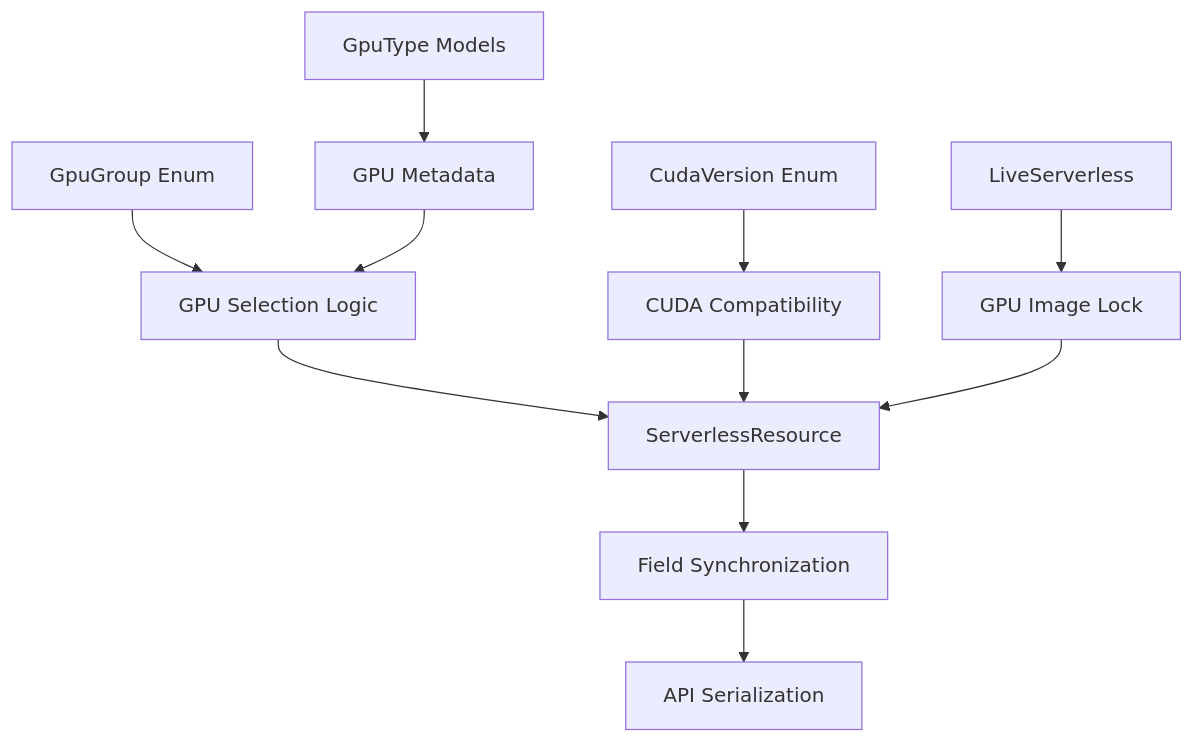
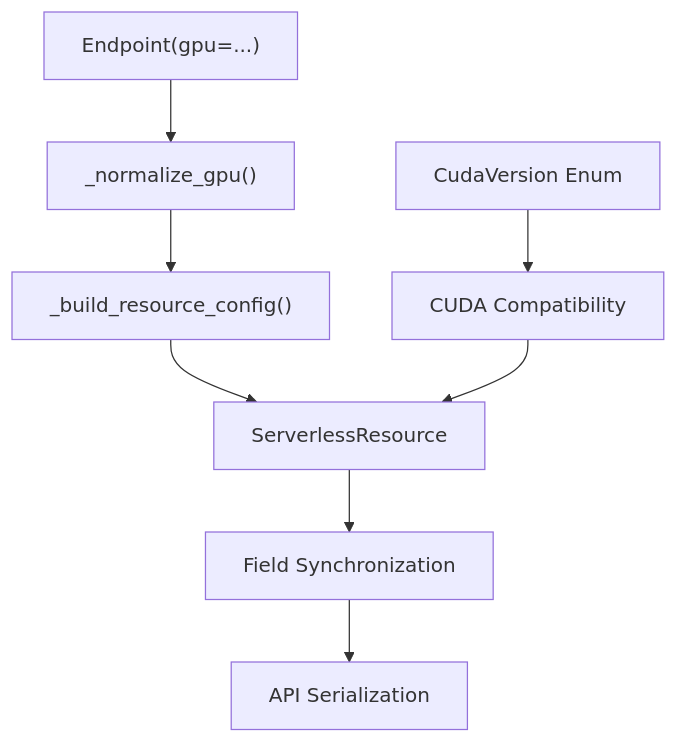
Before and after one commit to runpod/flash: the diagram in docs/GPU_Provisioning.md, drawn with Mermaid. The commit also changed other lines of this file and 22 other files, not shown here.

Commit message:
docs: rewrite all docs and README for Endpoint class API

````diff
--- a/docs/GPU_Provisioning.md
+++ b/docs/GPU_Provisioning.md
@@ -20,16 +50,11 @@
 ```mermaid
 graph TD
-    A[GpuGroup Enum] --> B[GPU Selection Logic]
-    B --> C[ServerlessResource]
-    C --> D[Field Synchronization]
-    D --> E[API Serialization]
-    
-    F[CudaVersion Enum] --> G[CUDA Compatibility]
-    G --> C
-    
-    H[GpuType Models] --> I[GPU Metadata]
-    I --> B
-    
-    J[LiveServerless] --> K[GPU Image Lock]
-    K --> C
+    A["Endpoint(gpu=...)"] --> B["_normalize_gpu()"]
+    B --> C["_build_resource_config()"]
+    C --> D["ServerlessResource"]
+    D --> E["Field Synchronization"]
+    E --> F["API Serialization"]
+
+    G["CudaVersion Enum"] --> H["CUDA Compatibility"]
+    H --> D
 ```
````
